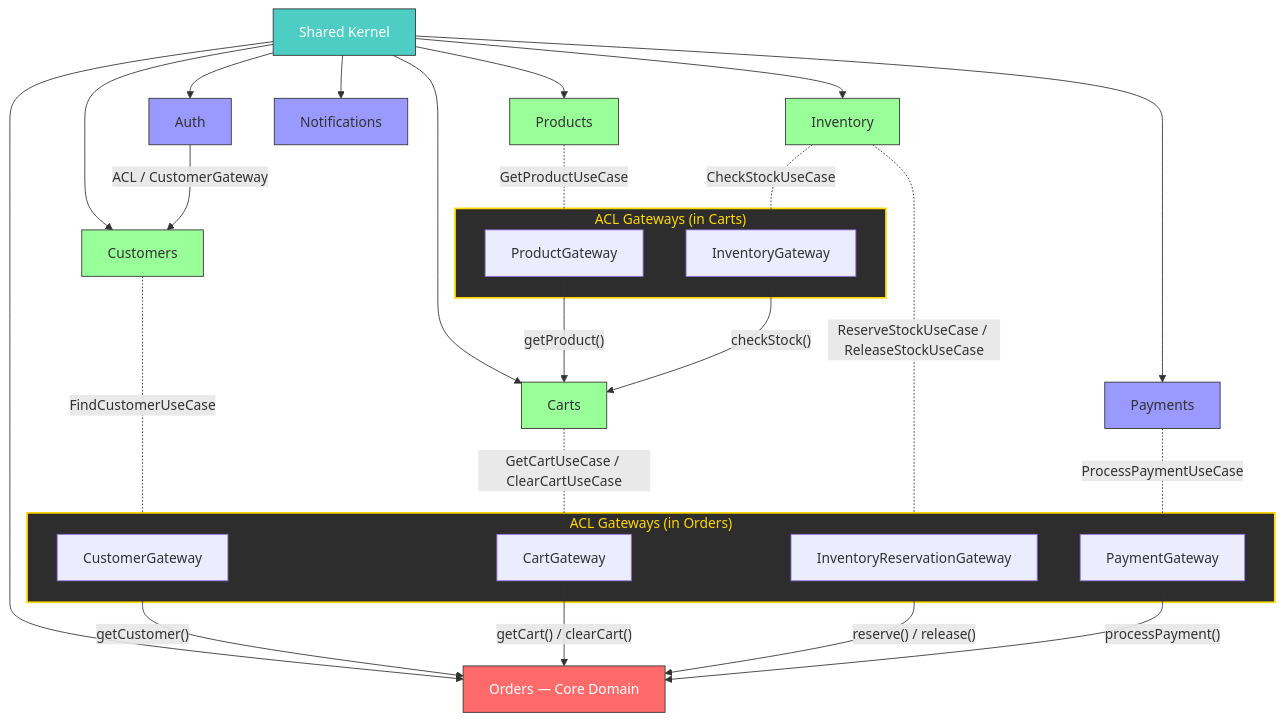
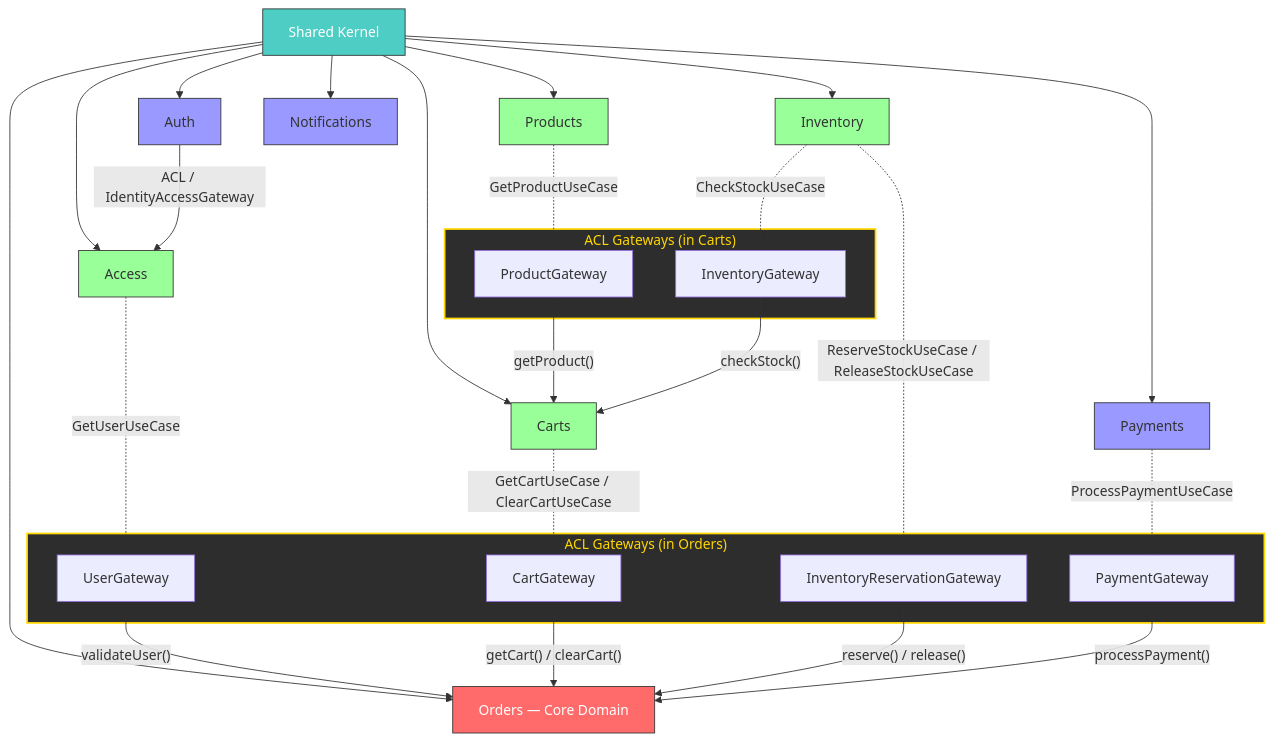
Before and after one commit to raouf-b-dev/ecommerce-store-api: the diagram in docs/architecture/DDD-HEXAGONAL.md, drawn with Mermaid. The commit also changed other lines of this file and 10 other files, not shown here.

First line of the commit message:
ES-138: Refactor architecture documentation to replace 'Customers' with 'Access' and update related terminology

````diff
--- a/docs/architecture/DDD-HEXAGONAL.md
+++ b/docs/architecture/DDD-HEXAGONAL.md
@@ -150,52 +150,52 @@
 ```mermaid
 graph TD
     SK[Shared Kernel] --> O[Orders — Core Domain]
     SK --> C[Carts]
     SK --> I[Inventory]
     SK --> P[Products]
-    SK --> Cu[Customers]
+    SK --> Cu[Access]
     SK --> Pa[Payments]
     SK --> Au[Auth]
     SK --> N[Notifications]
 
     subgraph ACL_Orders["ACL Gateways (in Orders)"]
-        CuGW["CustomerGateway"]
+        CuGW["UserGateway"]
         CaGW["CartGateway"]
         IGW["InventoryReservationGateway"]
         PaGW["PaymentGateway"]
     end
 
-    Cu -.-|"FindCustomerUseCase"| CuGW
+    Cu -.-|"GetUserUseCase"| CuGW
     C -.-|"GetCartUseCase / ClearCartUseCase"| CaGW
     I -.-|"ReserveStockUseCase / ReleaseStockUseCase"| IGW
     Pa -.-|"ProcessPaymentUseCase"| PaGW
 
-    CuGW -->|"getCustomer()"| O
+    CuGW -->|"validateUser()"| O
     CaGW -->|"getCart() / clearCart()"| O
     IGW -->|"reserve() / release()"| O
     PaGW -->|"processPayment()"| O
 
     subgraph ACL_Carts["ACL Gateways (in Carts)"]
         PrGW["ProductGateway"]
         IGW2["InventoryGateway"]
     end
 
     P -.-|"GetProductUseCase"| PrGW
     I -.-|"CheckStockUseCase"| IGW2
 
     PrGW -->|"getProduct()"| C
     IGW2 -->|"checkStock()"| C
 
-    Au -->|"ACL / CustomerGateway"| Cu
+    Au -->|"ACL / IdentityAccessGateway"| Cu
 
     style O fill:#ff6b6b,stroke:#333,color:#fff
     style SK fill:#4ecdc4,stroke:#333,color:#fff
     style ACL_Orders fill:#2d2d2d,stroke:#ffd700,color:#ffd700,stroke-width:2px
     style ACL_Carts fill:#2d2d2d,stroke:#ffd700,color:#ffd700,stroke-width:2px
 
     classDef support fill:#99ff99,stroke:#333,stroke-width:1px;
     classDef generic fill:#9999ff,stroke:#333,stroke-width:1px;
 
     class I,P,C,Cu support;
     class Pa,Au,N generic;
 ```
````
